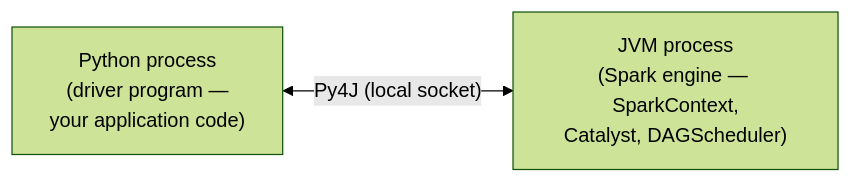
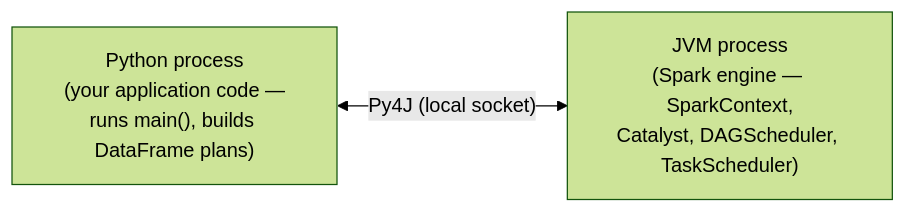
One commit to arindamchoudhury/spark-gyan changed the seventh of 20 diagrams in docs/spark-book/ch01-spark-architecture.md. Above: the diagram before and after it, drawn with Mermaid (forest theme). The commit also changed other lines of this file and 1 other file, not shown here.

First line of the commit message:
Ch01/Ch04: accuracy pass — driver/Connect/cluster-mgr/memory detail; Ch04 AQE + shared-vars sections

````diff
--- a/docs/spark-book/ch01-spark-architecture.md
+++ b/docs/spark-book/ch01-spark-architecture.md
@@ -517,6 +511,6 @@
 ```mermaid
 flowchart LR
-    P["Python process\n(driver program —\nyour application code)"]
-    J["JVM process\n(Spark engine — SparkContext,\nCatalyst, DAGScheduler)"]
+    P["Python process\n(your application code —\nruns main(), builds DataFrame plans)"]
+    J["JVM process\n(Spark engine — SparkContext,\nCatalyst, DAGScheduler, TaskScheduler)"]
     P <-->|"Py4J (local socket)"| J
 ```
````
